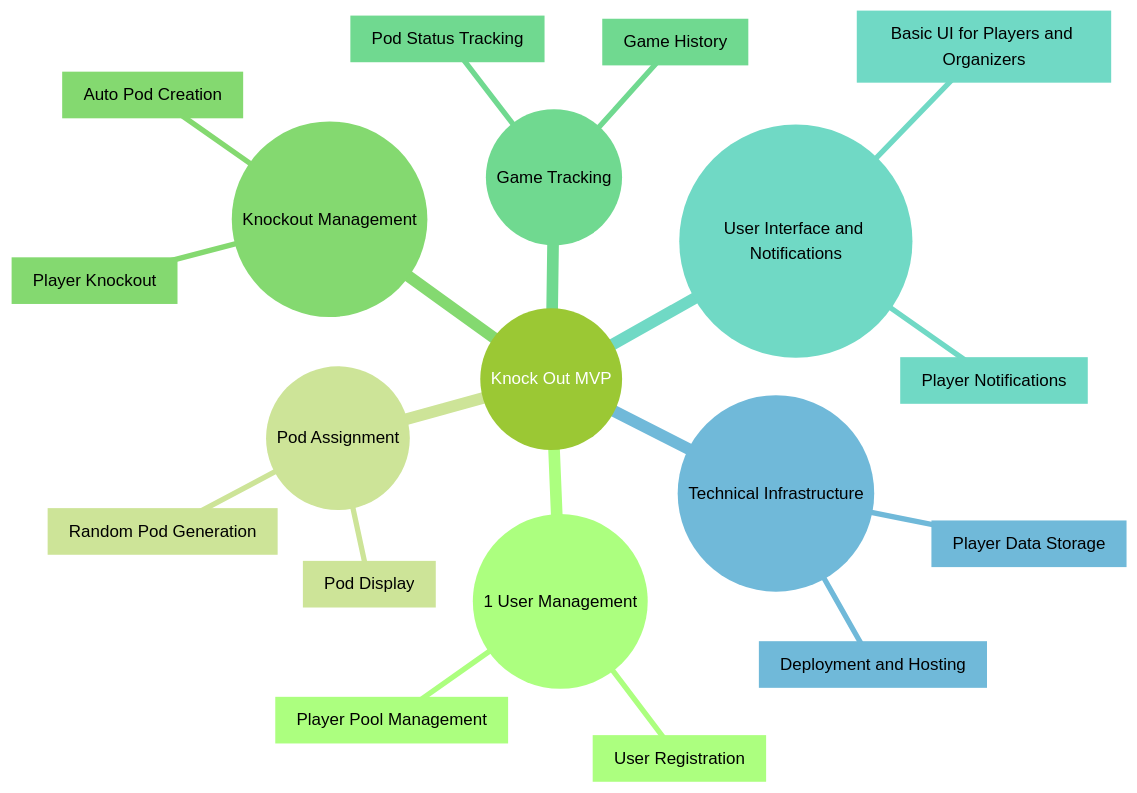
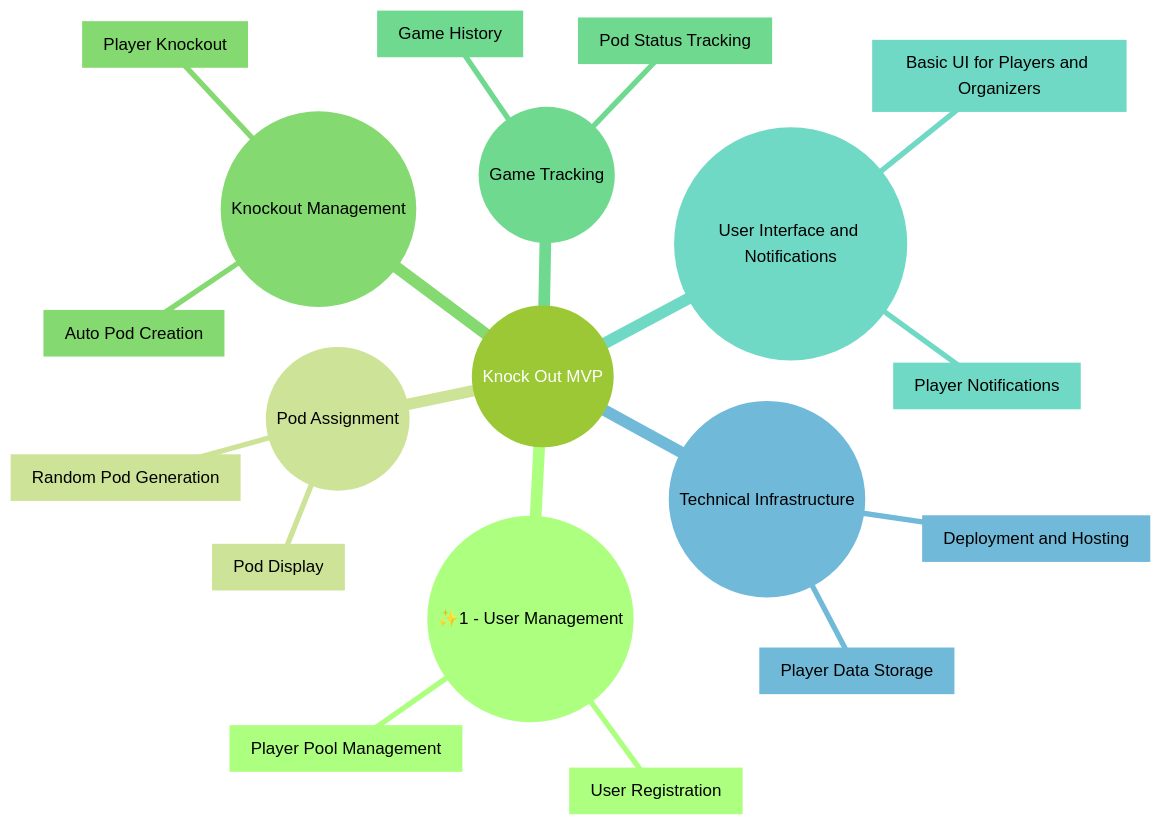
Before and after one commit to SamBWagner/knock-out: the second of 2 diagrams in README.md, drawn with Mermaid (forest theme).

````diff
--- a/README.md
+++ b/README.md
@@ -60,22 +60,22 @@
 ```mermaid
 mindmap
   root((Knock Out MVP))
-    Epic1(("1 User Management"))
+    Epic1(("✨1 - User Management"))
       PBI1.1["User Registration"]
       PBI1.2["Player Pool Management"]
     Epic2(("Pod Assignment"))
       PBI2.1["Random Pod Generation"]
       PBI2.2["Pod Display"]
     Epic3(("Knockout Management"))
       PBI3.1["Player Knockout"]
       PBI3.2["Auto Pod Creation"]
     Epic4(("Game Tracking"))
       PBI4.1["Pod Status Tracking"]
       PBI4.2["Game History"]
     Epic5(("User Interface and Notifications"))
       PBI5.1["Basic UI for Players and Organizers"]
       PBI5.2["Player Notifications"]
     Epic6(("Technical Infrastructure"))
       PBI6.1["Player Data Storage"]
       PBI6.2["Deployment and Hosting"]
 ```
````
